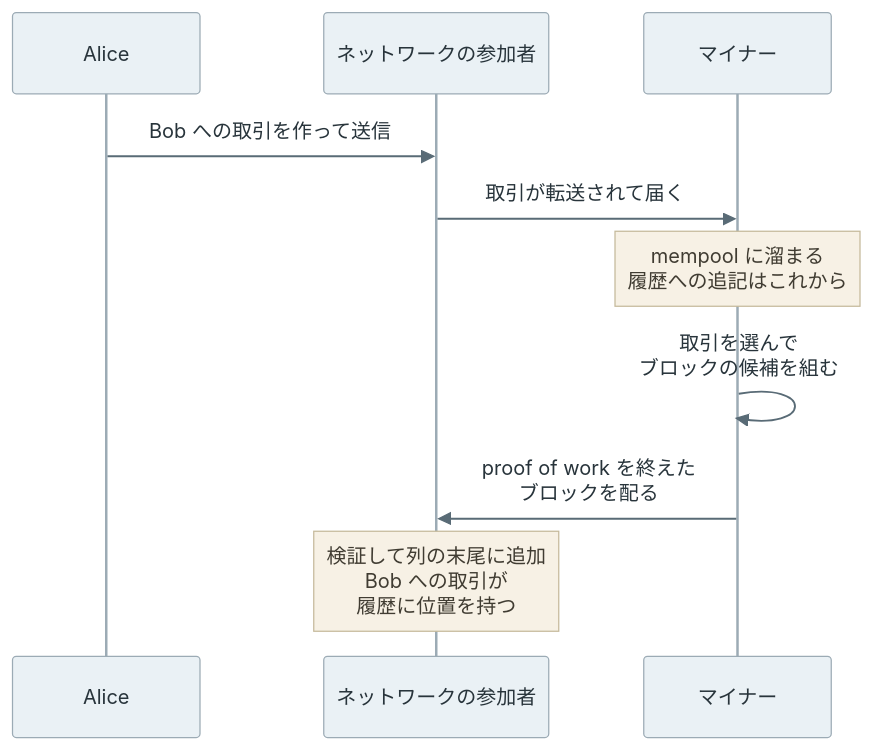
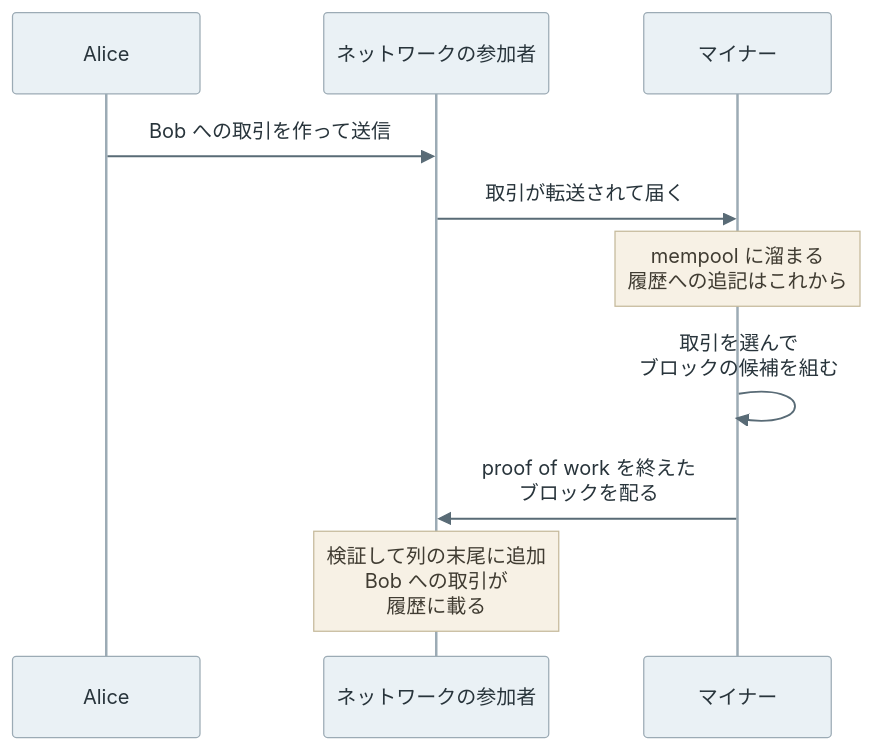
The third of 4 diagrams in content/notes/blockchain-systems/bitcoin-block/index.md (nao1215/debimate), drawn with Mermaid before and after one commit. The commit also changed other lines of this file and 56 other files, not shown here.

````diff
--- a/content/notes/blockchain-systems/bitcoin-block/index.md
+++ b/content/notes/blockchain-systems/bitcoin-block/index.md
@@ -78,13 +86,13 @@
 ```mermaid
 %%{init: {"theme":"base","themeVariables":{"primaryColor":"#eaf1f5","primaryTextColor":"#28343b","primaryBorderColor":"#9cabb5","lineColor":"#596b76","textColor":"#28343b","actorBkg":"#eaf1f5","actorBorder":"#9cabb5","actorTextColor":"#28343b","actorLineColor":"#9cabb5","signalColor":"#596b76","signalTextColor":"#28343b","noteBkgColor":"#f7f1e5","noteBorderColor":"#c5b99b","noteTextColor":"#403c32","activationBkgColor":"#edf3ef","activationBorderColor":"#9aafa1"}}}%%
 sequenceDiagram
     participant A as Alice
     participant N as ネットワークの参加者
     participant M as マイナー
     A->>N: Bob への取引を作って送信
     N->>M: 取引が転送されて届く
     Note over M: mempool に溜まる<br/>履歴への追記はこれから
     M->>M: 取引を選んで<br/>ブロックの候補を組む
     M->>N: proof of work を終えた<br/>ブロックを配る
-    Note over N: 検証して列の末尾に追加<br/>Bob への取引が<br/>履歴に位置を持つ
+    Note over N: 検証して列の末尾に追加<br/>Bob への取引が<br/>履歴に載る
 ```
````
